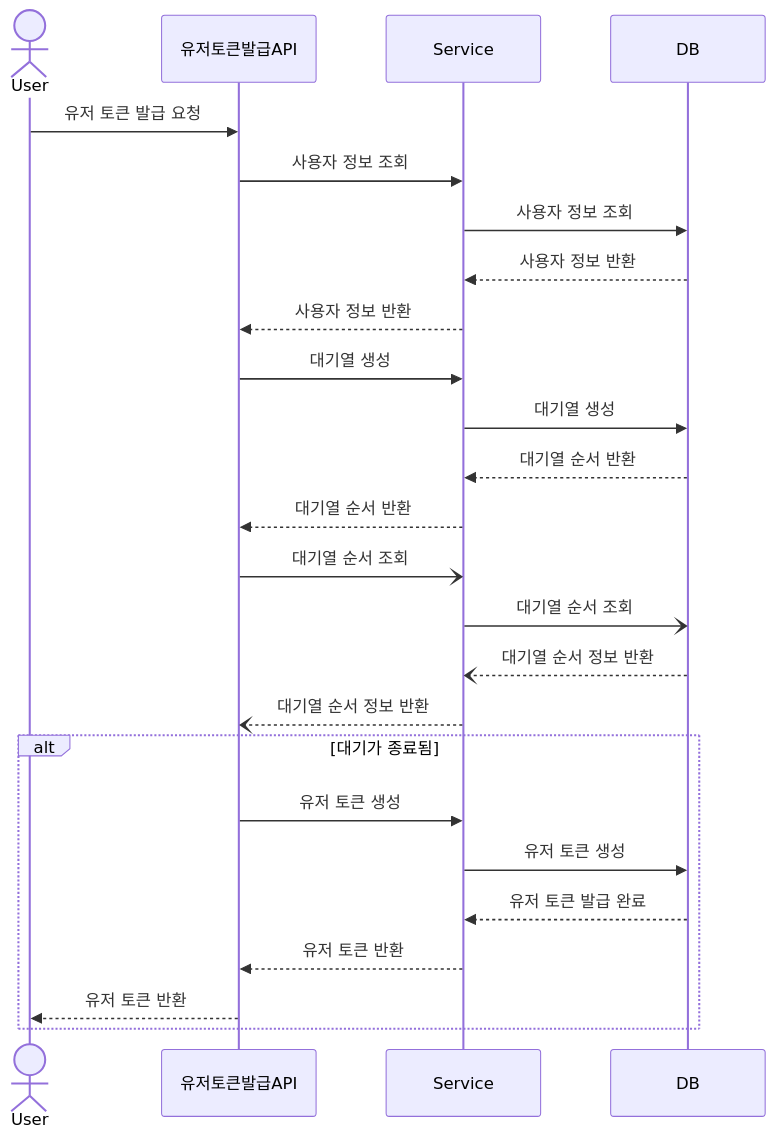
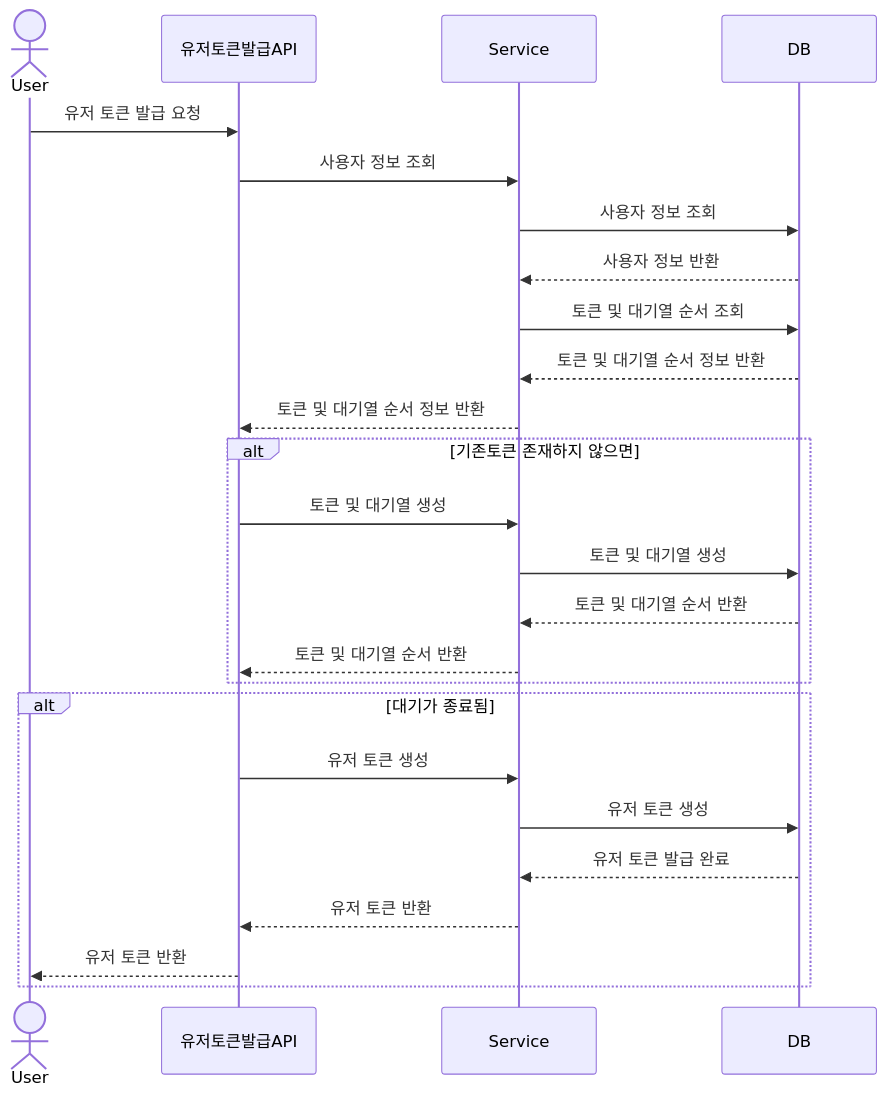
Before and after one commit to maiorem/ticket-reservation: the second of 5 diagrams in README.md, drawn with Mermaid. The commit also changed other lines of this file, not shown here.

Commit message:
set: 마일스톤 및 시퀀스 다이어그램 작성

````diff
--- a/README.md
+++ b/README.md
@@ -86,31 +85,31 @@
 ```mermaid
 sequenceDiagram
     actor  User
     participant 유저토큰발급API
     participant Service
     participant DB
 
     %% 대기열 등록
     User->>유저토큰발급API: 유저 토큰 발급 요청
     유저토큰발급API->>Service: 사용자 정보 조회
     Service->>DB: 사용자 정보 조회
     DB-->>Service: 사용자 정보 반환
-    Service-->>유저토큰발급API: 사용자 정보 반환
-    유저토큰발급API->>Service:대기열 생성
-    Service->>DB:대기열 생성
-    DB-->>Service:대기열 순서 반환
-    Service-->>유저토큰발급API:대기열 순서 반환
-
-    유저토큰발급API-)Service: 대기열 순서 조회
-    Service-)DB: 대기열 순서 조회
-    DB--)Service: 대기열 순서 정보 반환
-    Service--)유저토큰발급API: 대기열 순서 정보 반환
+    
+    Service->>DB: 토큰 및 대기열 순서 조회
+    DB-->>Service: 토큰 및 대기열 순서 정보 반환
+    Service-->>유저토큰발급API: 토큰 및 대기열 순서 정보 반환
+    alt 기존토큰 존재하지 않으면
+        유저토큰발급API->>Service:토큰 및 대기열 생성
+        Service->>DB:토큰 및 대기열 생성
+        DB-->>Service:토큰 및 대기열 순서 반환
+        Service-->>유저토큰발급API:토큰 및 대기열 순서 반환
+    end
     
     alt 대기가 종료됨
         유저토큰발급API->>Service: 유저 토큰 생성
         Service->>DB: 유저 토큰 생성
         DB-->>Service: 유저 토큰 발급 완료
         Service-->>유저토큰발급API: 유저 토큰 반환
         유저토큰발급API-->>User: 유저 토큰 반환
     end
 ```
````
